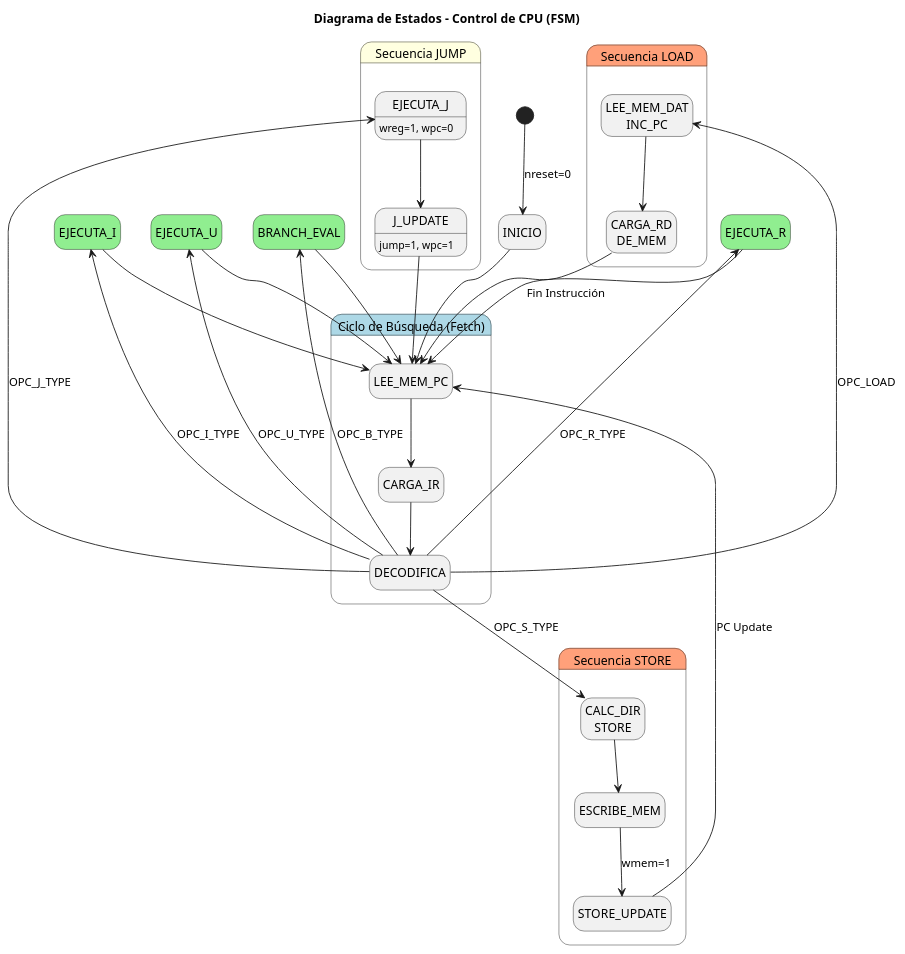
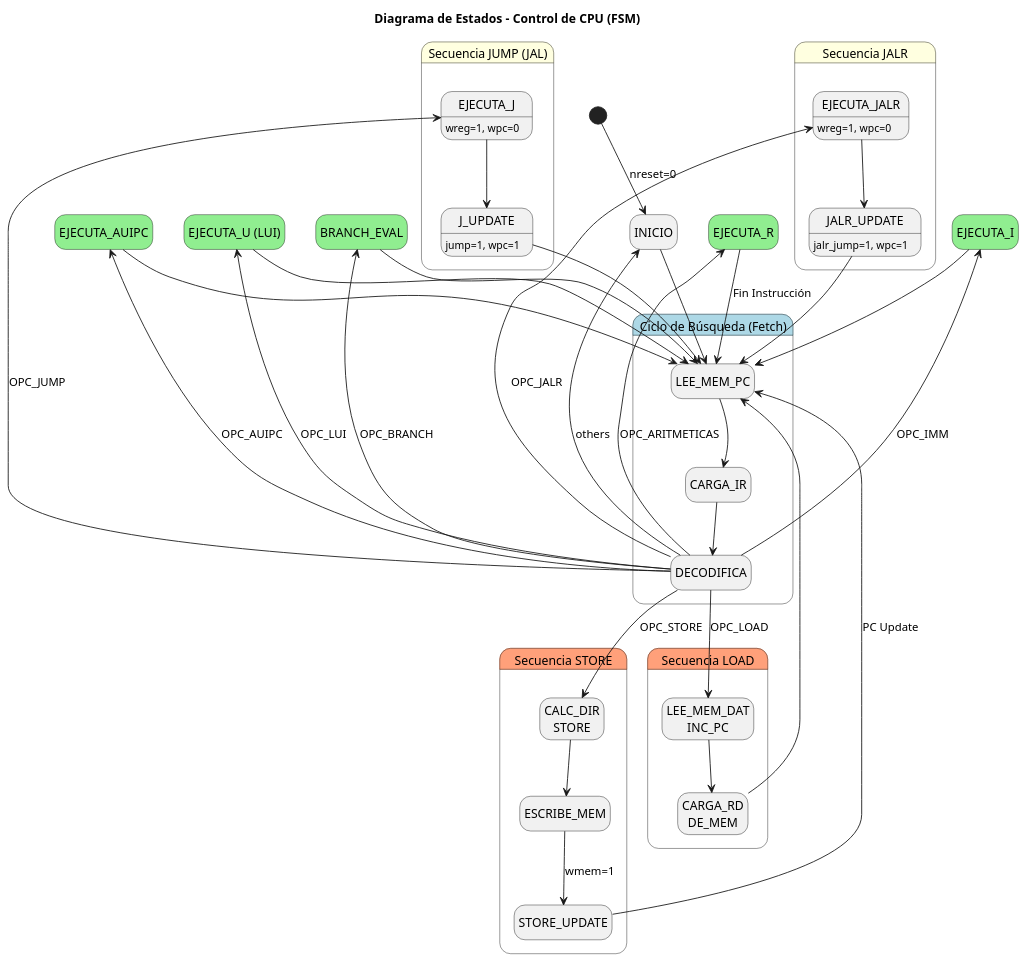
One commit to agustin-197/cpu_9 changed the diagram in Diagrama_control_cpu.puml. Above: the diagram before and after it, drawn with PlantUML. The commit also changed 1 other file, not shown here.

Commit message:
Changes to be committed: 	modified:   Diagrama_control_cpu.puml 	deleted:    Diagrama_control_cpu_corregido.puml

```diff
--- a/Diagrama_control_cpu.puml
+++ b/Diagrama_control_cpu.puml
@@ -1,80 +1,95 @@
 @startuml
 title Diagrama de Estados - Control de CPU (FSM)
 hide empty description
 skinparam state {
   BackgroundColor<<Fetch>> LightBlue
   BackgroundColor<<Execute>> LightGreen
   BackgroundColor<<Memory>> LightSalmon
   BackgroundColor<<WriteBack>> LightYellow
 }
 
 ' Definicion de Estados
 state "INICIO" as INICIO
 state "Ciclo de Búsqueda (Fetch)" as FETCH <<Fetch>> {
     state "LEE_MEM_PC" as S1
     state "CARGA_IR" as S2
     state "DECODIFICA" as S3
 }
 
-' Ramas de Ejecución
+' Ramas de Ejecución Simple
 state "EJECUTA_R" as R_TYPE <<Execute>>
 state "EJECUTA_I" as I_TYPE <<Execute>>
-state "EJECUTA_U" as U_TYPE <<Execute>>
+state "EJECUTA_U (LUI)" as U_TYPE <<Execute>>
+state "EJECUTA_AUIPC" as AUIPC_TYPE <<Execute>>
 state "BRANCH_EVAL" as B_TYPE <<Execute>>
 
 ' Secuencia LOAD
 state "Secuencia LOAD" as LOAD_SEQ <<Memory>> {
     state "LEE_MEM_DAT\nINC_PC" as L1
     state "CARGA_RD\nDE_MEM" as L2
 }
 
 ' Secuencia STORE
 state "Secuencia STORE" as STORE_SEQ <<Memory>> {
     state "CALC_DIR\nSTORE" as ST1
     state "ESCRIBE_MEM" as ST2
     state "STORE_UPDATE" as ST3
 }
 
-' Secuencia JUMP
-state "Secuencia JUMP" as JUMP_SEQ <<WriteBack>> {
+' Secuencia JUMP (JAL)
+state "Secuencia JUMP (JAL)" as JUMP_SEQ <<WriteBack>> {
     state "EJECUTA_J" as J1 : wreg=1, wpc=0
     state "J_UPDATE" as J2 : jump=1, wpc=1
+}
+
+' Secuencia JALR 
+state "Secuencia JALR" as JALR_SEQ <<WriteBack>> {
+    state "EJECUTA_JALR" as JR1 : wreg=1, wpc=0
+    state "JALR_UPDATE" as JR2 : jalr_jump=1, wpc=1
 }
 
 ' Transiciones
 [*] --> INICIO : nreset=0
 INICIO --> S1
 
 ' Ciclo Fetch
 S1 --> S2
 S2 --> S3
 
-' Decodificacion
-S3 --> R_TYPE : OPC_R_TYPE
-S3 --> I_TYPE : OPC_I_TYPE
-S3 --> U_TYPE : OPC_U_TYPE
-S3 --> B_TYPE : OPC_B_TYPE
+' Decodificacion 
+S3 --> R_TYPE : OPC_ARITMETICAS
+S3 --> I_TYPE : OPC_IMM
+S3 --> U_TYPE : OPC_LUI
+S3 --> AUIPC_TYPE : OPC_AUIPC
+S3 --> B_TYPE : OPC_BRANCH
 S3 --> L1 : OPC_LOAD
-S3 --> ST1 : OPC_S_TYPE
-S3 --> J1 : OPC_J_TYPE
+S3 --> ST1 : OPC_STORE
+S3 --> J1 : OPC_JUMP
+S3 --> JR1 : OPC_JALR
+S3 --> INICIO : others
 
 ' Retornos al Fetch
 R_TYPE --> S1 : Fin Instrucción
 I_TYPE --> S1
 U_TYPE --> S1
+AUIPC_TYPE --> S1
 B_TYPE --> S1
 
 ' Lógica Interna Load
 L1 --> L2
 L2 --> S1
 
 ' Lógica Interna Store
 ST1 --> ST2
 ST2 --> ST3 : wmem=1
 ST3 --> S1 : PC Update
 
-' Lógica Interna Jump
+' Lógica Interna Jump (JAL)
 J1 --> J2
 J2 --> S1
 
+' Lógica Interna JALR
+JR1 --> JR2
+JR2 --> S1
+
 @enduml
```
